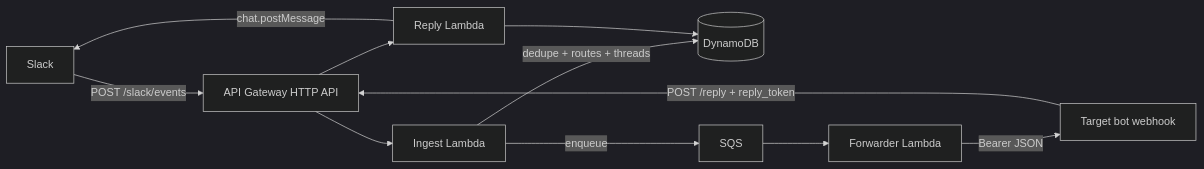
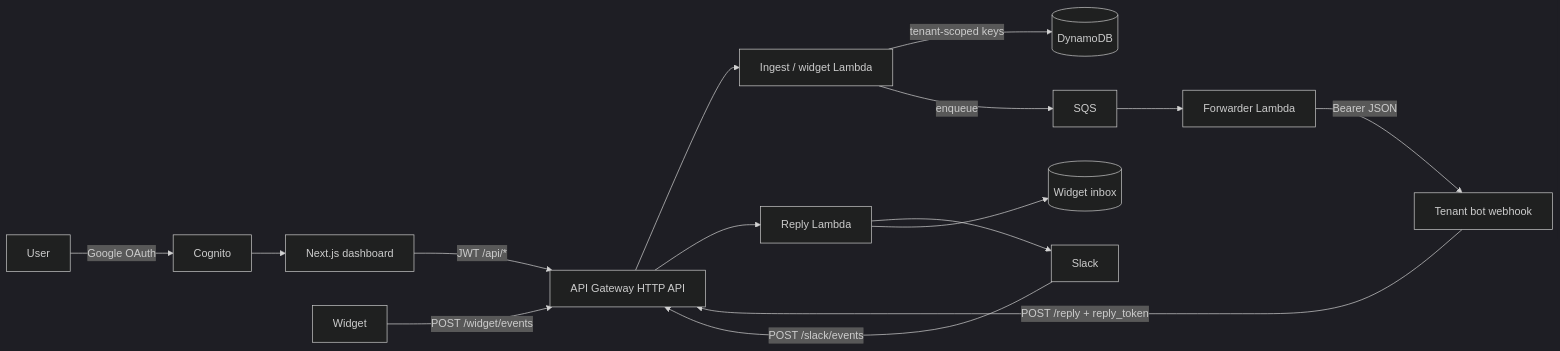
The first of 2 diagrams in README.md (xiaopai20/easy-ai-bot-bridge), drawn with Mermaid (dark theme) before and after one commit. The commit also changed other lines of this file and 61 other files, not shown here.

First line of the commit message:
Add multi-tenant Google-only hosted bot bridge

````diff
--- a/README.md
+++ b/README.md
@@ -19,13 +32,17 @@
 ```mermaid
 flowchart LR
-  Slack -->|POST /slack/events| APIGW[API Gateway HTTP API]
-  APIGW --> Ingest[Ingest Lambda]
-  Ingest -->|dedupe + routes + threads| DDB[(DynamoDB)]
+  User -->|Google OAuth| Cognito
+  Cognito --> Dash[Next.js dashboard]
+  Dash -->|JWT /api/*| APIGW[API Gateway HTTP API]
+  Slack -->|POST /slack/events| APIGW
+  Widget -->|POST /widget/events| APIGW
+  APIGW --> Ingest[Ingest / widget Lambda]
+  Ingest -->|tenant-scoped keys| DDB[(DynamoDB)]
   Ingest -->|enqueue| SQS[SQS]
   SQS --> Forwarder[Forwarder Lambda]
-  Forwarder -->|Bearer JSON| Bot[Target bot webhook]
+  Forwarder -->|Bearer JSON| Bot[Tenant bot webhook]
   Bot -->|POST /reply + reply_token| APIGW
   APIGW --> Reply[Reply Lambda]
-  Reply --> DDB
-  Reply -->|chat.postMessage| Slack
+  Reply --> Slack
+  Reply --> Inbox[(Widget inbox)]
 ```
````
